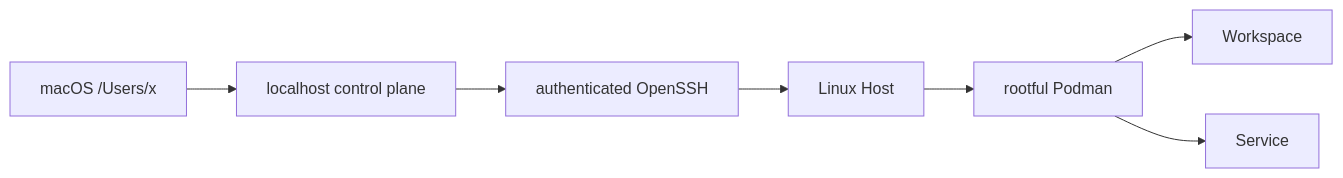
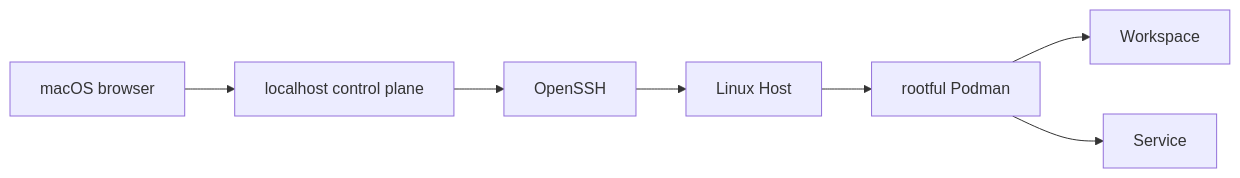
One commit to curoky/codespace changed the diagram in DESIGN.md. Above: the diagram before and after it, drawn with Mermaid. The commit also changed other lines of this file and 1 other file, not shown here.

````diff
--- a/DESIGN.md
+++ b/DESIGN.md
@@ -16,9 +12,9 @@
 ```mermaid
 flowchart LR
-    Mac["macOS /Users/x"] --> Web["localhost control plane"]
-    Web --> SSH["authenticated OpenSSH"]
-    SSH --> Linux["Linux Host"]
-    Linux --> Podman["rootful Podman"]
+    Browser["macOS browser"] --> Web["localhost control plane"]
+    Web --> SSH["OpenSSH"]
+    SSH --> Host["Linux Host"]
+    Host --> Podman["rootful Podman"]
     Podman --> Workspace
     Podman --> Service
 ```
````
